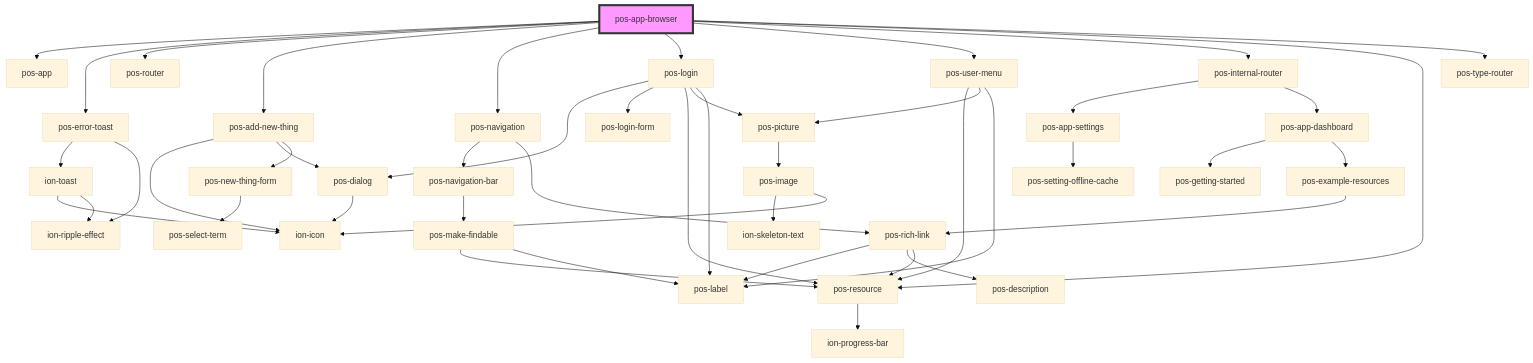
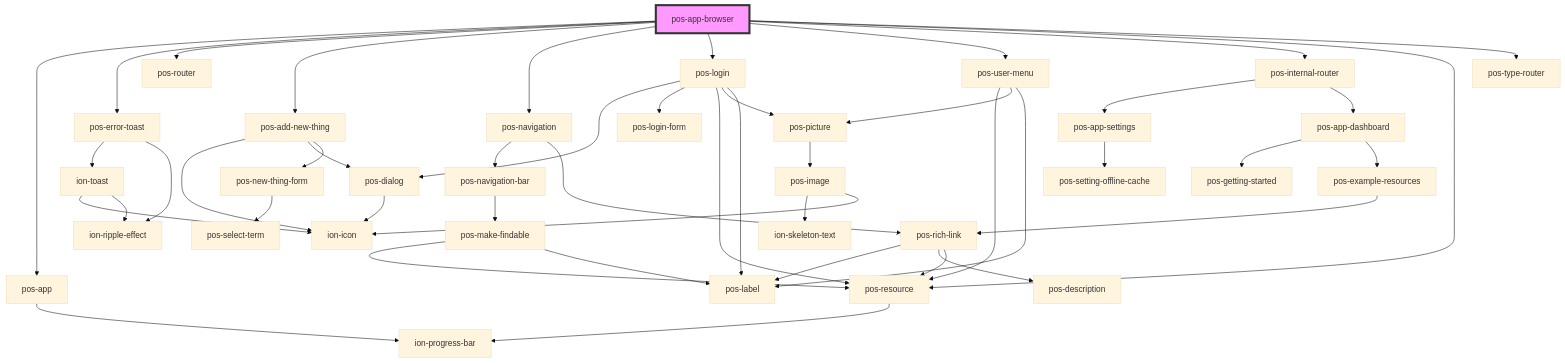
One commit to pod-os/PodOS changed the diagram in docs/elements/apps/pos-app-browser/readme.md. Above: the diagram before and after it, drawn with Mermaid (base theme). The commit also changed 2 other files, not shown here.

Commit message:
doc: update component readmes

````diff
--- a/docs/elements/apps/pos-app-browser/readme.md
+++ b/docs/elements/apps/pos-app-browser/readme.md
@@ -32,49 +32,50 @@
 ```mermaid
 graph TD;
   pos-app-browser --> pos-app
   pos-app-browser --> pos-error-toast
   pos-app-browser --> pos-router
   pos-app-browser --> pos-add-new-thing
   pos-app-browser --> pos-navigation
   pos-app-browser --> pos-login
   pos-app-browser --> pos-user-menu
   pos-app-browser --> pos-internal-router
   pos-app-browser --> pos-resource
   pos-app-browser --> pos-type-router
+  pos-app --> ion-progress-bar
   pos-error-toast --> ion-toast
   pos-error-toast --> ion-ripple-effect
   ion-toast --> ion-icon
   ion-toast --> ion-ripple-effect
   pos-add-new-thing --> ion-icon
   pos-add-new-thing --> pos-dialog
   pos-add-new-thing --> pos-new-thing-form
   pos-dialog --> ion-icon
   pos-new-thing-form --> pos-select-term
   pos-navigation --> pos-navigation-bar
   pos-navigation --> pos-rich-link
   pos-navigation-bar --> pos-make-findable
   pos-make-findable --> pos-resource
   pos-make-findable --> pos-label
   pos-resource --> ion-progress-bar
   pos-rich-link --> pos-label
   pos-rich-link --> pos-description
   pos-rich-link --> pos-resource
   pos-login --> pos-dialog
   pos-login --> pos-login-form
   pos-login --> pos-resource
   pos-login --> pos-picture
   pos-login --> pos-label
   pos-picture --> pos-image
   pos-image --> ion-skeleton-text
   pos-image --> ion-icon
   pos-user-menu --> pos-resource
   pos-user-menu --> pos-picture
   pos-user-menu --> pos-label
   pos-internal-router --> pos-app-settings
   pos-internal-router --> pos-app-dashboard
   pos-app-settings --> pos-setting-offline-cache
   pos-app-dashboard --> pos-getting-started
   pos-app-dashboard --> pos-example-resources
   pos-example-resources --> pos-rich-link
   style pos-app-browser fill:#f9f,stroke:#333,stroke-width:4px
 ```
````
